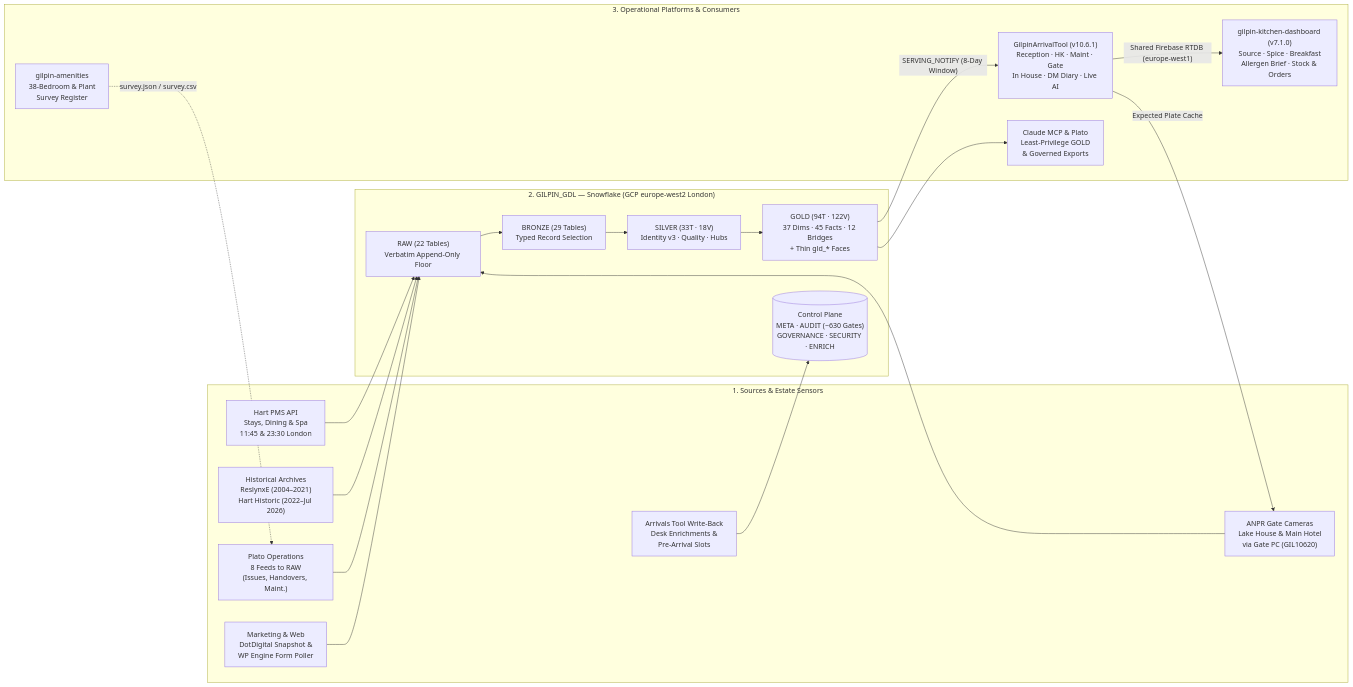
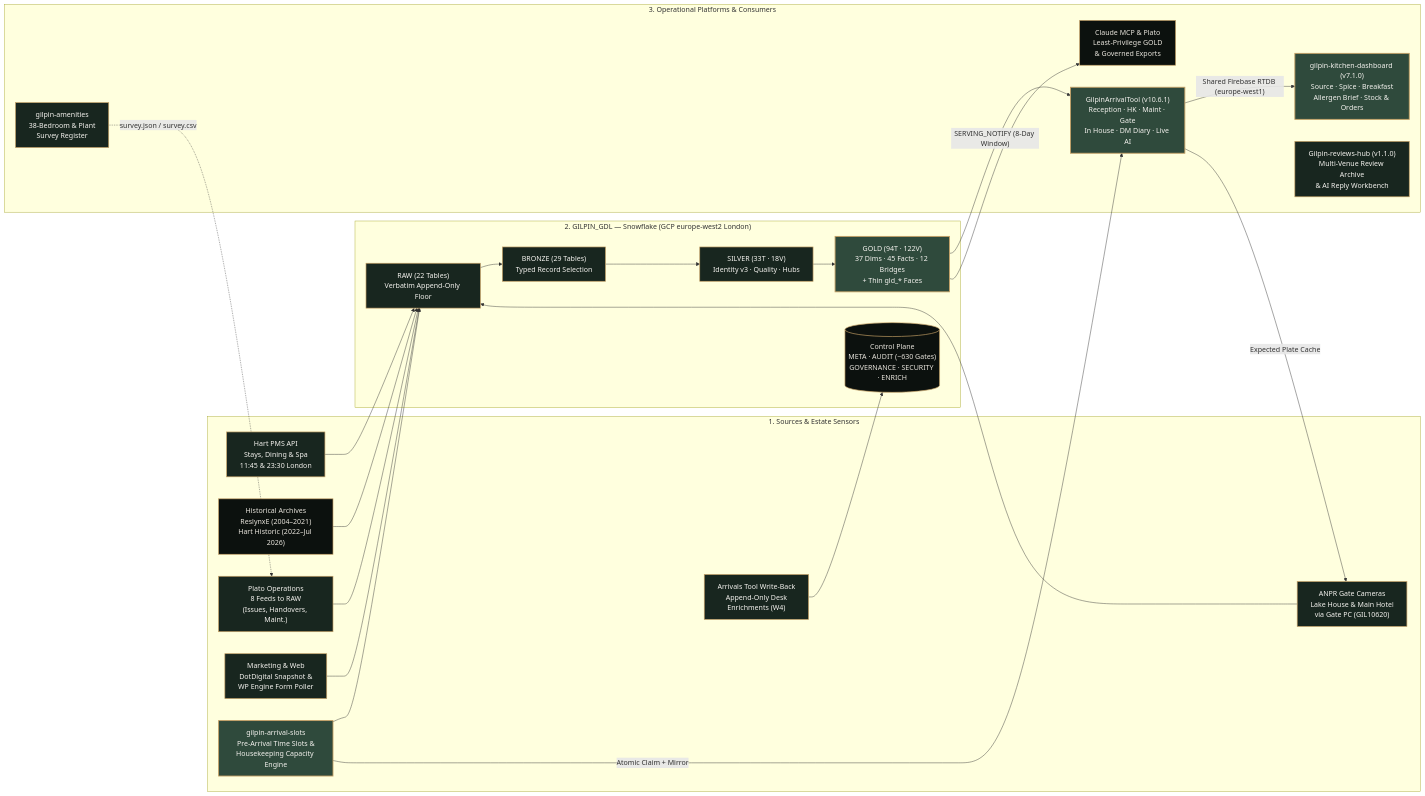
Before and after one commit to gilpin-hotel/.github: the diagram in profile/README.md, drawn with Mermaid. The commit also changed other lines of this file, not shown here.

Commit message:
docs(profile): add gilpin-arrival-slots and Gilpin-styled Mermaid diagram

````diff
--- a/profile/README.md
+++ b/profile/README.md
@@ -27,35 +27,42 @@
 ```mermaid
 flowchart LR
+  classDef pine fill:#18261F,stroke:#C5A065,stroke-width:1.5px,color:#F5F3EF
+  classDef bronze fill:#2F4A3C,stroke:#C5A065,stroke-width:2px,color:#F5F3EF
+  classDef obsidian fill:#0C110E,stroke:#C5A065,stroke-width:1.5px,color:#E8E4DC
+
   subgraph SRC["1. Sources & Estate Sensors"]
-    HART["Hart PMS API<br/>Stays, Dining & Spa<br/>11:45 & 23:30 London"]
-    ARCH["Historical Archives<br/>ReslynxE (2004–2021)<br/>Hart Historic (2022–Jul 2026)"]
-    PL["Plato Operations<br/>8 Feeds to RAW<br/>(Issues, Handovers, Maint.)"]
-    MKT["Marketing & Web<br/>DotDigital Snapshot &<br/>WP Engine Form Poller"]
-    GATE["ANPR Gate Cameras<br/>Lake House & Main Hotel<br/>via Gate PC (GIL10620)"]
-    DESK["Arrivals Tool Write-Back<br/>Desk Enrichments &<br/>Pre-Arrival Slots"]
+    HART["Hart PMS API<br/>Stays, Dining & Spa<br/>11:45 & 23:30 London"]:::pine
+    ARCH["Historical Archives<br/>ReslynxE (2004–2021)<br/>Hart Historic (2022–Jul 2026)"]:::obsidian
+    PL["Plato Operations<br/>8 Feeds to RAW<br/>(Issues, Handovers, Maint.)"]:::pine
+    MKT["Marketing & Web<br/>DotDigital Snapshot &<br/>WP Engine Form Poller"]:::pine
+    GATE["ANPR Gate Cameras<br/>Lake House & Main Hotel<br/>via Gate PC (GIL10620)"]:::pine
+    SLOTS["gilpin-arrival-slots<br/>Pre-Arrival Time Slots &<br/>Housekeeping Capacity Engine"]:::bronze
+    DESK["Arrivals Tool Write-Back<br/>Append-Only Desk<br/>Enrichments (W4)"]:::pine
   end
 
   subgraph GDL["2. GILPIN_GDL — Snowflake (GCP europe-west2 London)"]
-    RAW["RAW (22 Tables)<br/>Verbatim Append-Only Floor"]
-    BRZ["BRONZE (29 Tables)<br/>Typed Record Selection"]
-    SLV["SILVER (33T · 18V)<br/>Identity v3 · Quality · Hubs"]
-    GLD["GOLD (94T · 122V)<br/>37 Dims · 45 Facts · 12 Bridges<br/>+ Thin gld_* Faces"]
-    CTL[("Control Plane<br/>META · AUDIT (~630 Gates)<br/>GOVERNANCE · SECURITY · ENRICH")]
+    RAW["RAW (22 Tables)<br/>Verbatim Append-Only Floor"]:::pine
+    BRZ["BRONZE (29 Tables)<br/>Typed Record Selection"]:::pine
+    SLV["SILVER (33T · 18V)<br/>Identity v3 · Quality · Hubs"]:::pine
+    GLD["GOLD (94T · 122V)<br/>37 Dims · 45 Facts · 12 Bridges<br/>+ Thin gld_* Faces"]:::bronze
+    CTL[("Control Plane<br/>META · AUDIT (~630 Gates)<br/>GOVERNANCE · SECURITY · ENRICH")]:::obsidian
     RAW --> BRZ --> SLV --> GLD
   end
 
   subgraph USE["3. Operational Platforms & Consumers"]
-    AT["GilpinArrivalTool (v10.6.1)<br/>Reception · HK · Maint · Gate<br/>In House · DM Diary · Live AI"]
-    KD["gilpin-kitchen-dashboard (v7.1.0)<br/>Source · Spice · Breakfast<br/>Allergen Brief · Stock & Orders"]
-    AM["gilpin-amenities<br/>38-Bedroom & Plant<br/>Survey Register"]
-    MCP["Claude MCP & Plato<br/>Least-Privilege GOLD<br/>& Governed Exports"]
+    AT["GilpinArrivalTool (v10.6.1)<br/>Reception · HK · Maint · Gate<br/>In House · DM Diary · Live AI"]:::bronze
+    KD["gilpin-kitchen-dashboard (v7.1.0)<br/>Source · Spice · Breakfast<br/>Allergen Brief · Stock & Orders"]:::bronze
+    AM["gilpin-amenities<br/>38-Bedroom & Plant<br/>Survey Register"]:::pine
+    RH["Gilpin-reviews-hub (v1.1.0)<br/>Multi-Venue Review Archive<br/>& AI Reply Workbench"]:::pine
+    MCP["Claude MCP & Plato<br/>Least-Privilege GOLD<br/>& Governed Exports"]:::obsidian
   end
 
-  HART & ARCH & PL & MKT & GATE --> RAW
+  HART & ARCH & PL & MKT & GATE & SLOTS --> RAW
   DESK --> CTL
+  SLOTS -- "Atomic Claim + Mirror" --> AT
   GLD -- "SERVING_NOTIFY (8-Day Window)" --> AT
   AT -- "Shared Firebase RTDB (europe-west1)" --> KD
   AT -- "Expected Plate Cache" --> GATE
   GLD --> MCP
   AM -. "survey.json / survey.csv" .-> PL
 ```
````
